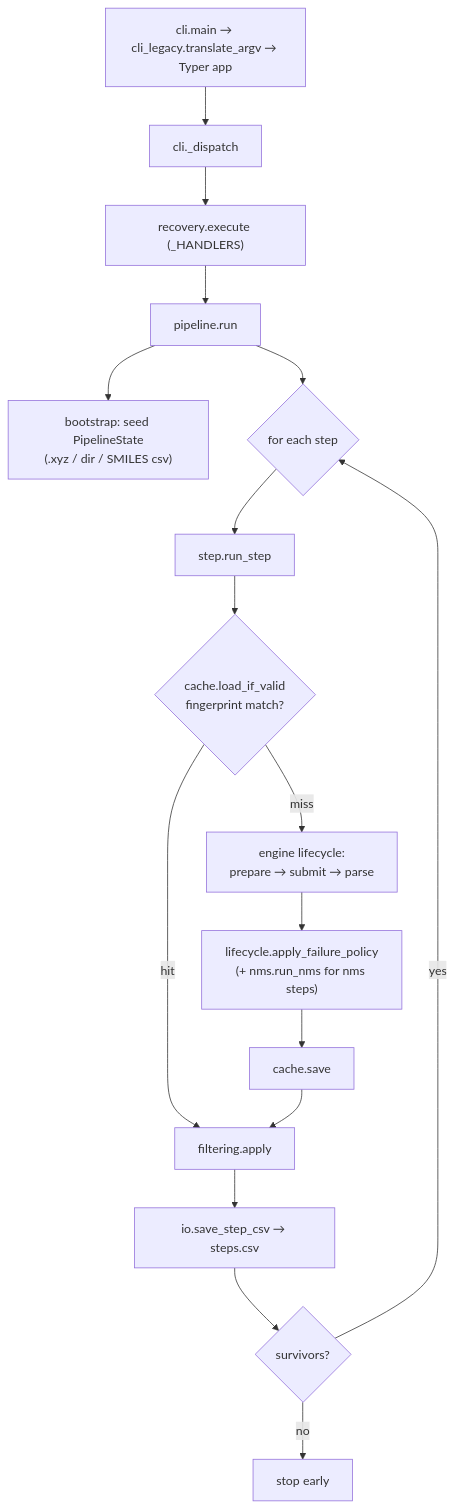
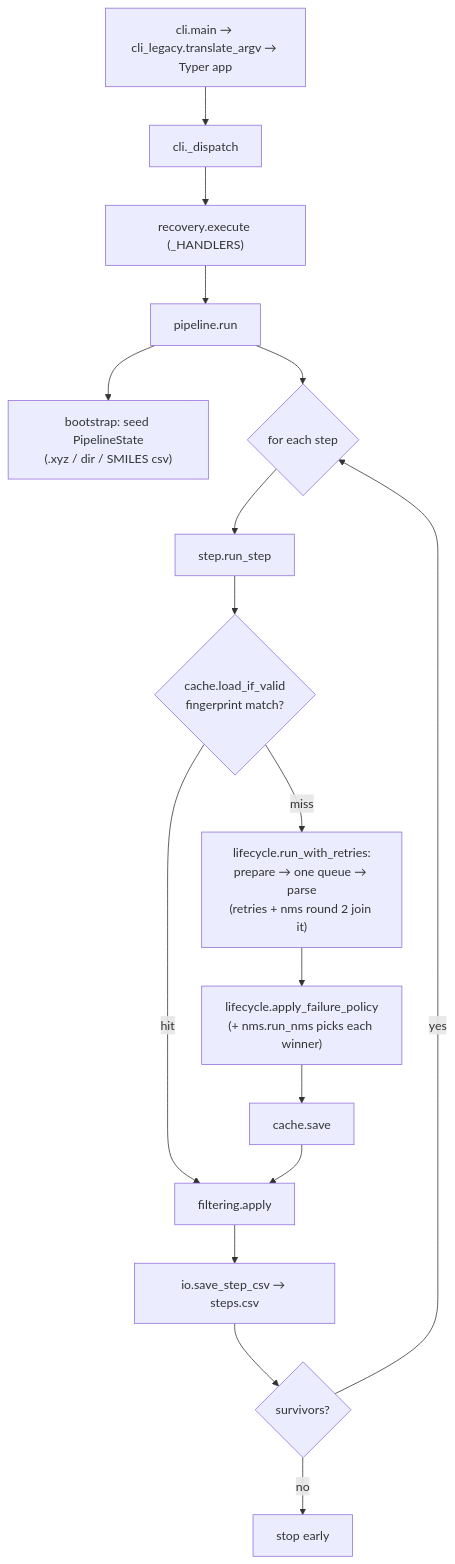
Before and after one commit to sterling-group/ChemRefine: the first of 2 diagrams in docs/concepts/architecture.md, drawn with Mermaid. The commit also changed other lines of this file and 4 other files, not shown here.

First line of the commit message:
docs: describe the one queue and what the stall deadline bounds

````diff
--- a/docs/concepts/architecture.md
+++ b/docs/concepts/architecture.md
@@ -91,19 +91,19 @@
 ```mermaid
 flowchart TD
   CLI["cli.main → cli_legacy.translate_argv → Typer app"] --> DISP["cli._dispatch"]
   DISP --> REC["recovery.execute (_HANDLERS)"]
   REC --> RUN["pipeline.run"]
   RUN --> BOOT["bootstrap: seed PipelineState\n(.xyz / dir / SMILES csv)"]
   RUN --> LOOP{"for each step"}
   LOOP --> STEP["step.run_step"]
   STEP --> CACHE{"cache.load_if_valid\nfingerprint match?"}
   CACHE -- hit --> FILT["filtering.apply"]
-  CACHE -- miss --> LIFE["engine lifecycle:\nprepare → submit → parse"]
-  LIFE --> POL["lifecycle.apply_failure_policy\n(+ nms.run_nms for nms steps)"]
+  CACHE -- miss --> LIFE["lifecycle.run_with_retries:\nprepare → one queue → parse\n(retries + nms round 2 join it)"]
+  LIFE --> POL["lifecycle.apply_failure_policy\n(+ nms.run_nms picks each winner)"]
   POL --> SAVE["cache.save"]
   SAVE --> FILT
   FILT --> CSV["io.save_step_csv → steps.csv"]
   CSV --> NEXT{"survivors?"}
   NEXT -- yes --> LOOP
   NEXT -- no --> STOP["stop early"]
 ```
````
